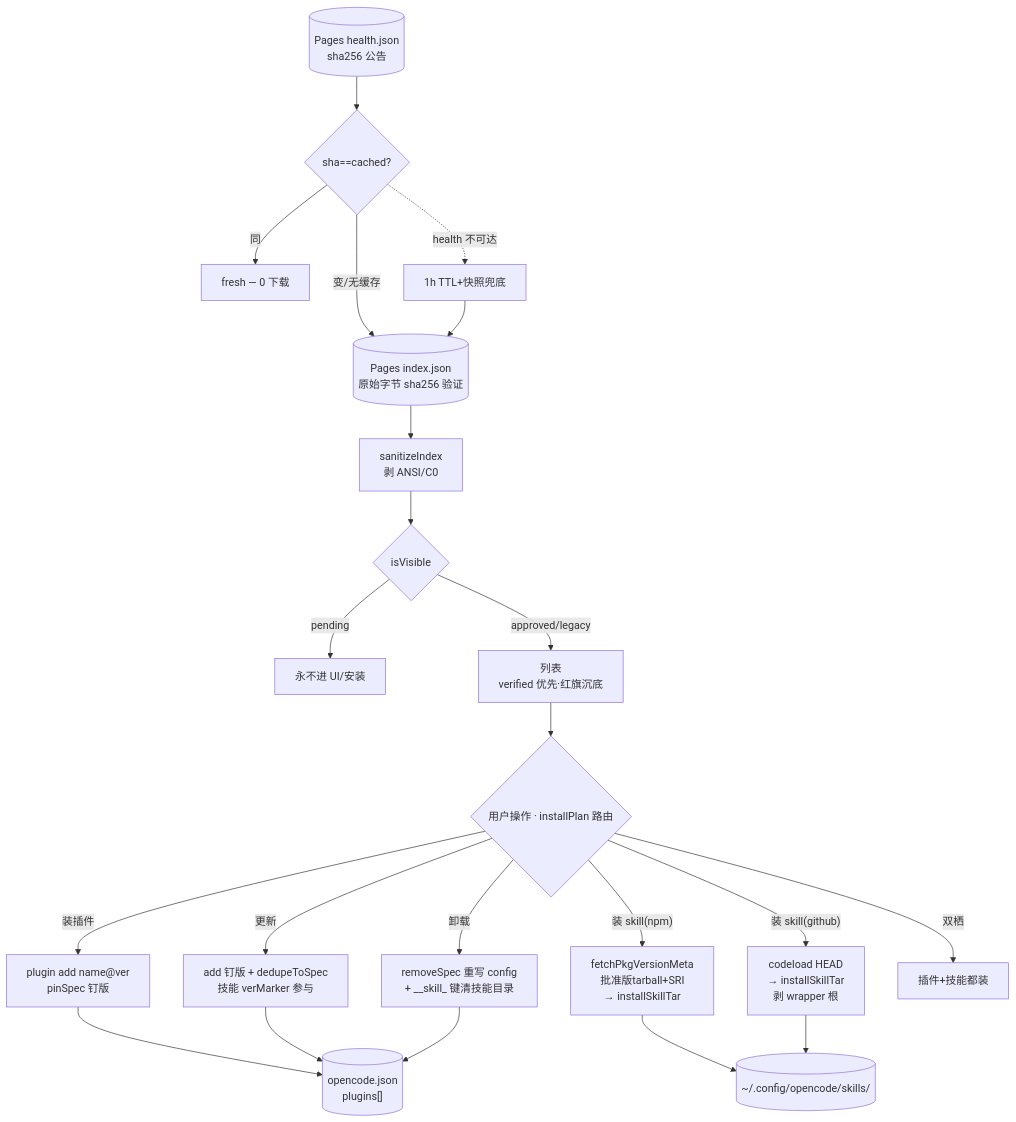
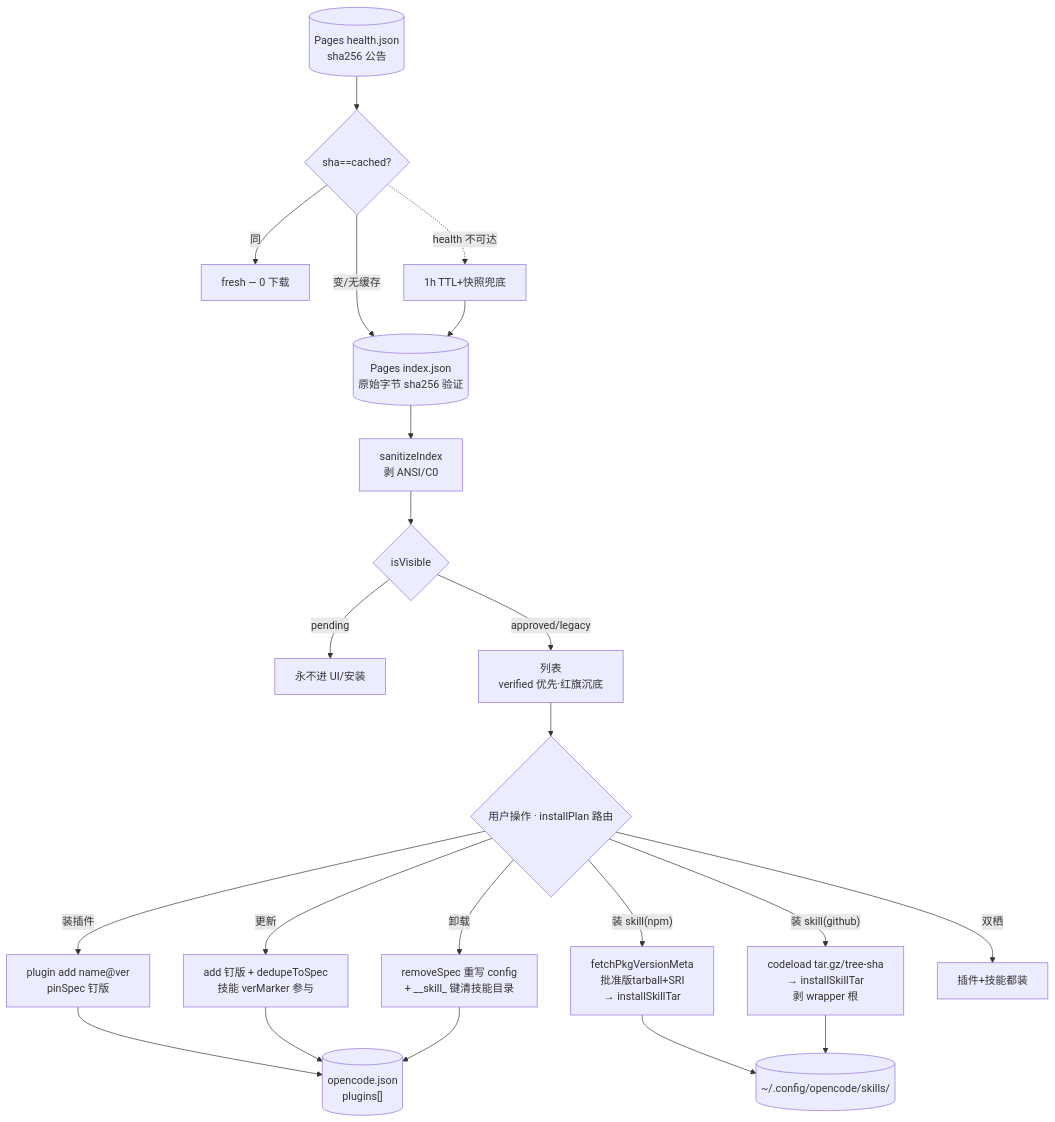
One commit to awesome-market/awesome-opencode-market changed diagram 11 of 11 in docs/DATA-FLOWS.md. Above: the diagram before and after it, drawn with Mermaid. The commit also changed other lines of this file and 2 other files, not shown here.

First line of the commit message:
fix(market): honest updateAll counters + DATA-FLOWS §10 resync + market coverage gate

````diff
--- a/docs/DATA-FLOWS.md
+++ b/docs/DATA-FLOWS.md
@@ -891,21 +891,21 @@
 ```mermaid
 flowchart TB
   HL[("Pages health.json<br/>sha256 公告")] --> MF{"sha==cached?"}
   MF -->|"同"| FR["fresh — 0 下载"]
   MF -->|"变/无缓存"| IDX[("Pages index.json<br/>原始字节 sha256 验证")]
   IDX --> FE["sanitizeIndex<br/>剥 ANSI/C0"]
   MF -.->|"health 不可达"| TTL["1h TTL+快照兜底"]
   TTL --> IDX
   FE --> VI{"isVisible"}
   VI -->|"pending"| NO["永不进 UI/安装"]
   VI -->|"approved/legacy"| UI["列表<br/>verified 优先·红旗沉底"]
   UI --> AC{"用户操作 · installPlan 路由"}
   AC -->|"装插件"| PI["plugin add name@ver<br/>pinSpec 钉版"]
   AC -->|"更新"| UP["add 钉版 + dedupeToSpec<br/>技能 verMarker 参与"]
   AC -->|"卸载"| UN["removeSpec 重写 config<br/>+ __skill_ 键清技能目录"]
   AC -->|"装 skill(npm)"| SI["fetchPkgVersionMeta<br/>批准版tarball+SRI<br/>→ installSkillTar"]
-  AC -->|"装 skill(github)"| SG["codeload HEAD<br/>→ installSkillTar<br/>剥 wrapper 根"]
+  AC -->|"装 skill(github)"| SG["codeload tar.gz/tree-sha<br/>→ installSkillTar<br/>剥 wrapper 根"]
   AC -->|"双栖"| BOTH["插件+技能都装"]
   PI & UP & UN --> CFG[("opencode.json<br/>plugins[]")]
   SI & SG --> SKD[("~/.config/opencode/skills/")]
 ```
````
